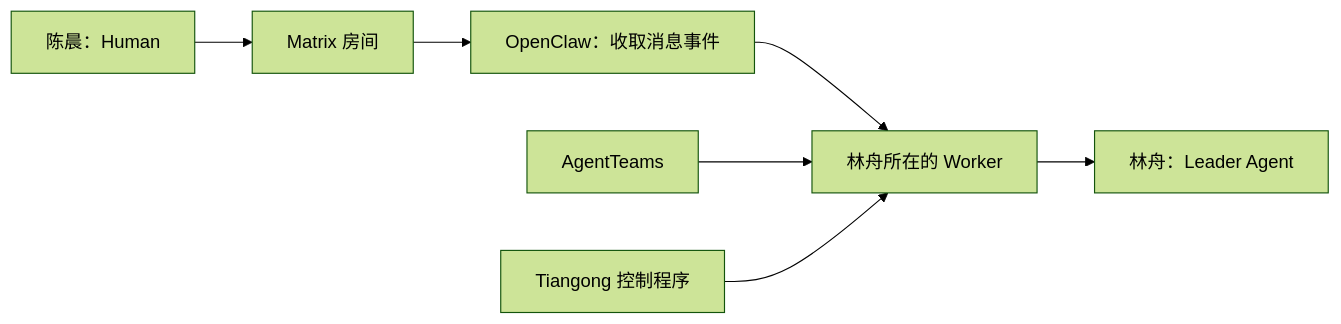
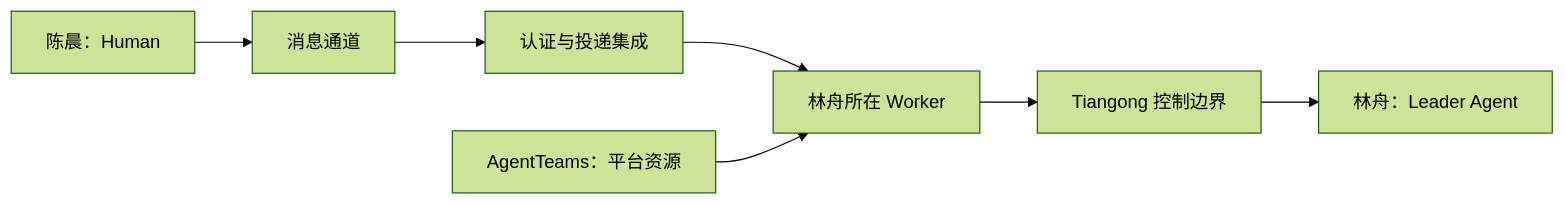
Before and after one commit to cynos-ai/Tiangong: the diagram in docs/design/evidence-backed-team-control-tutorial/01-message-to-team.zh.md, drawn with Mermaid (forest theme). The commit also changed other lines of this file and 33 other files, not shown here.

````diff
--- a/docs/design/evidence-backed-team-control-tutorial/01-message-to-team.zh.md
+++ b/docs/design/evidence-backed-team-control-tutorial/01-message-to-team.zh.md
@@ -140,9 +135,9 @@
 ```mermaid
 flowchart LR
-    H["陈晨：Human"] --> M["Matrix 房间"]
-    M --> O["OpenClaw：收取消息事件"]
-    O --> W["林舟所在的 Worker"]
-    W --> A["林舟：Leader Agent"]
-    AT["AgentTeams"] --> W
-    T["Tiangong 控制程序"] --> W
+    H["陈晨：Human"] --> C["消息通道"]
+    C --> I["认证与投递集成"]
+    I --> W["林舟所在 Worker"]
+    AT["AgentTeams：平台资源"] --> W
+    W --> K["Tiangong 控制边界"]
+    K --> L["林舟：Leader Agent"]
 ```
````
